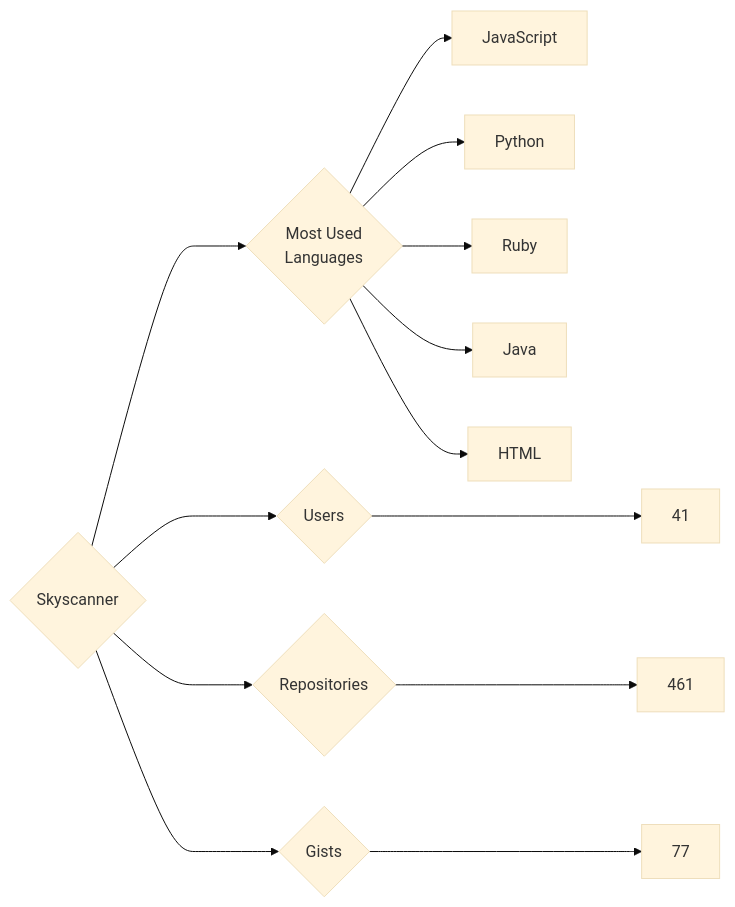
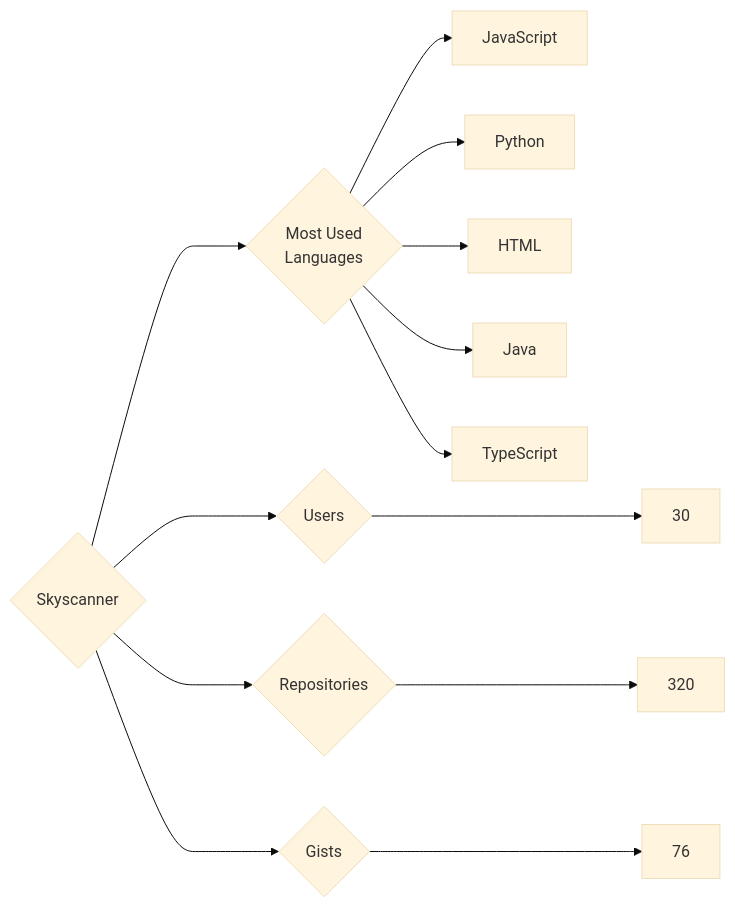
The diagram in targets/Skyscanner/README.md (trickest/insiders), drawn with Mermaid (base theme) before and after one commit. The commit also changed 912 other files, not shown here.

````diff
--- a/targets/Skyscanner/README.md
+++ b/targets/Skyscanner/README.md
@@ -3,13 +3,13 @@
 ```mermaid
 graph LR
 COMPANY_NAME{Skyscanner}
-COMPANY_NAME ---> U{Users} ---> UN[41]
-COMPANY_NAME ---> R{Repositories} ---> RN[461]
-COMPANY_NAME ---> G{Gists} ---> GN[77]
+COMPANY_NAME ---> U{Users} ---> UN[30]
+COMPANY_NAME ---> R{Repositories} ---> RN[320]
+COMPANY_NAME ---> G{Gists} ---> GN[76]
 COMPANY_NAME ---> ML{Most Used<br>Languages}
 ML --> JavaScript[JavaScript]
 ML --> Python[Python]
-ML --> Ruby[Ruby]
+ML --> HTML[HTML]
 ML --> Java[Java]
-ML --> HTML[HTML]
+ML --> TypeScript[TypeScript]
 ```
````
